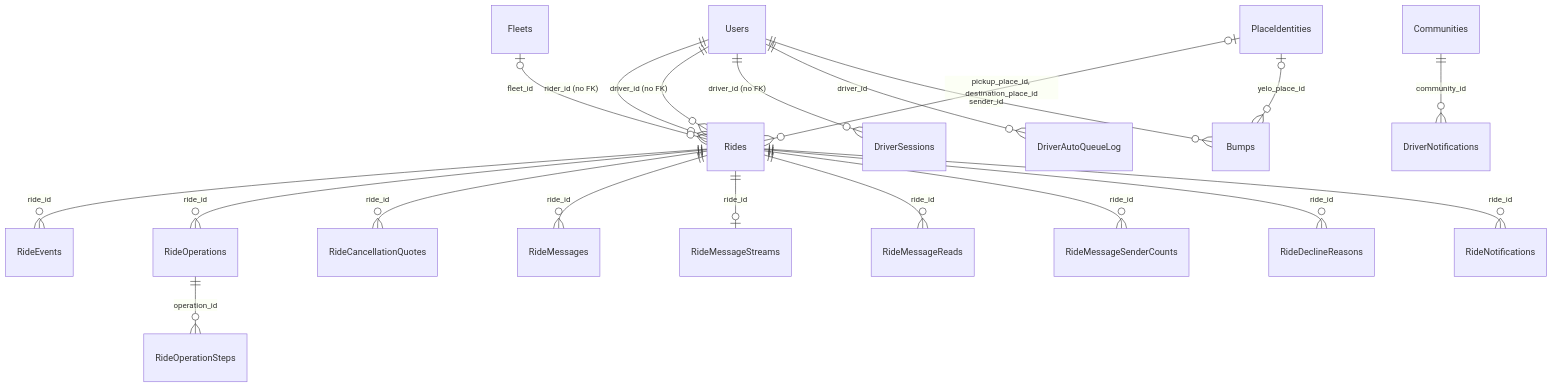
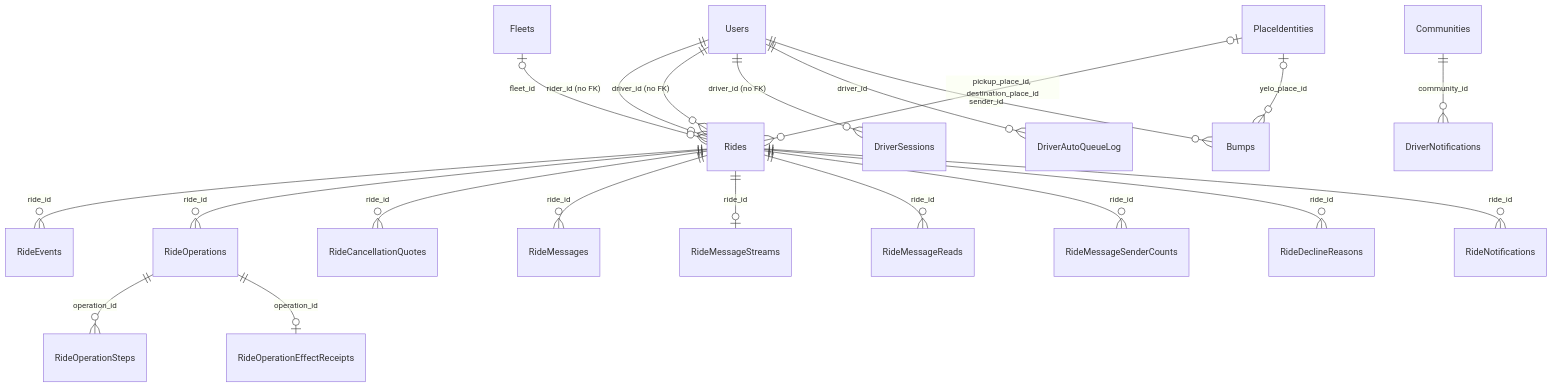
The diagram in reference/database/rides.mdx (rideyelo/docs), drawn with Mermaid before and after one commit. The commit also changed other lines of this file and 18 other files, not shown here.

````diff
--- a/reference/database/rides.mdx
+++ b/reference/database/rides.mdx
@@ -8,22 +8,23 @@
 ```mermaid
 erDiagram
     Users ||--o{ Rides : "rider_id (no FK)"
     Users ||--o{ Rides : "driver_id (no FK)"
     Fleets |o--o{ Rides : fleet_id
     PlaceIdentities |o--o{ Rides : "pickup_place_id, destination_place_id"
     Rides ||--o{ RideEvents : ride_id
     Rides ||--o{ RideOperations : ride_id
     RideOperations ||--o{ RideOperationSteps : operation_id
+    RideOperations ||--o| RideOperationEffectReceipts : operation_id
     Rides ||--o{ RideCancellationQuotes : ride_id
     Rides ||--o{ RideMessages : ride_id
     Rides ||--o| RideMessageStreams : ride_id
     Rides ||--o{ RideMessageReads : ride_id
     Rides ||--o{ RideMessageSenderCounts : ride_id
     Rides ||--o{ RideDeclineReasons : ride_id
     Rides ||--o{ RideNotifications : ride_id
     Users ||--o{ DriverSessions : "driver_id (no FK)"
     Users ||--o{ DriverAutoQueueLog : driver_id
     Communities ||--o{ DriverNotifications : community_id
     Users ||--o{ Bumps : sender_id
     PlaceIdentities |o--o{ Bumps : yelo_place_id
 ```
````
